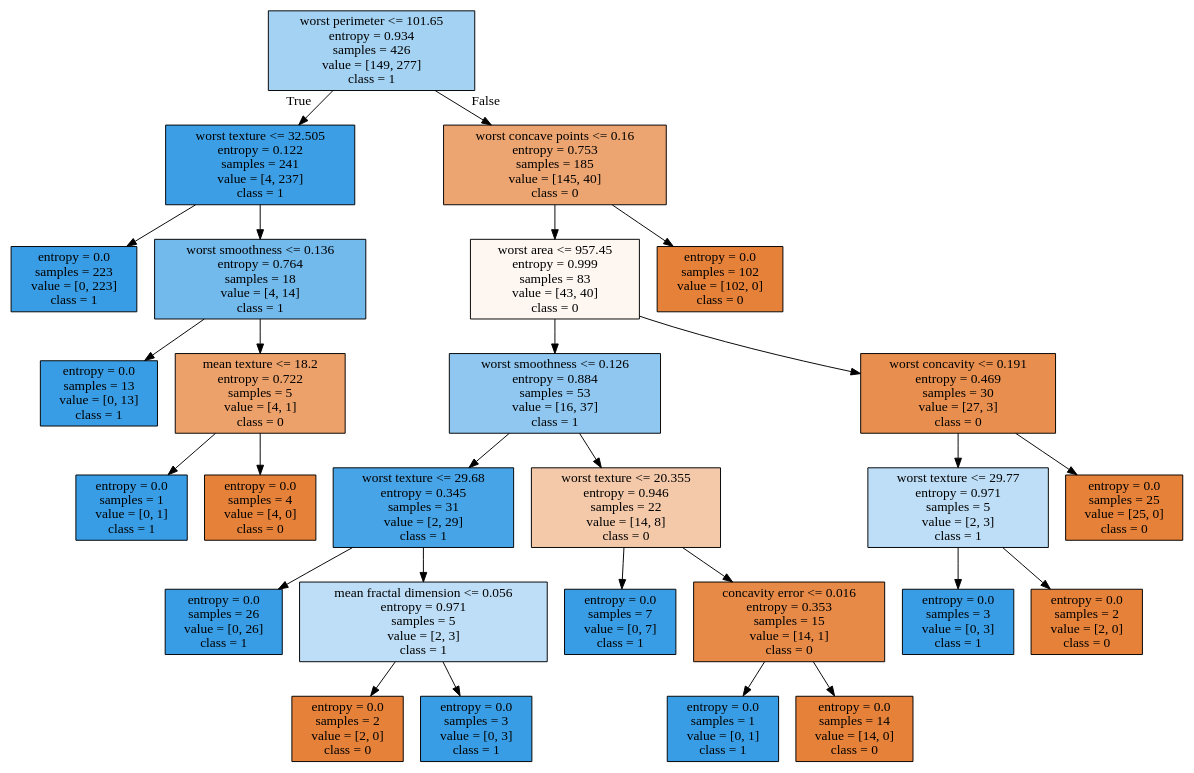
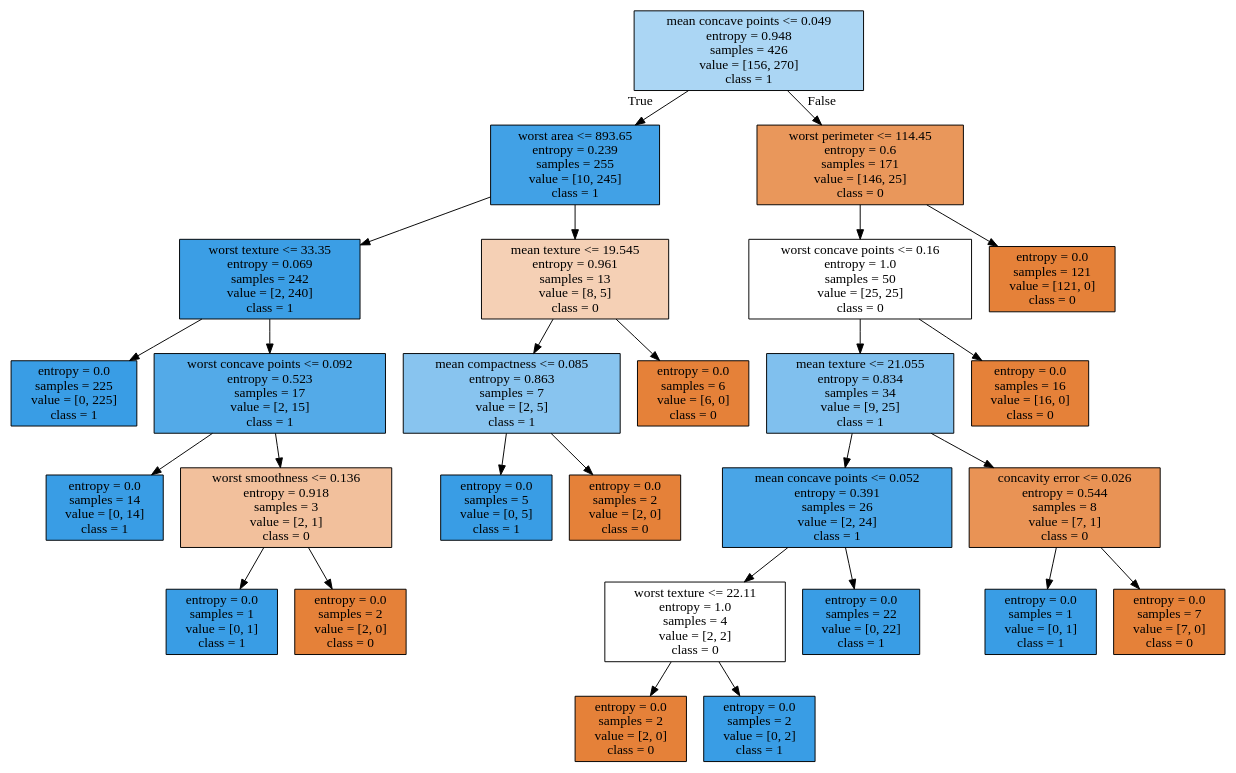
The diagram in tree.dot (allyryry/3950_Workbooks), drawn with Graphviz before and after one commit. The commit also changed 2 other files, not shown here.

```diff
--- a/tree.dot
+++ b/tree.dot
@@ -1,56 +1,56 @@
 digraph Tree {
 node [shape=box, style="filled", color="black"] ;
-0 [label="worst perimeter <= 101.65\nentropy = 0.934\nsamples = 426\nvalue = [149, 277]\nclass = 1", fillcolor="#a4d2f3"] ;
-1 [label="worst texture <= 32.505\nentropy = 0.122\nsamples = 241\nvalue = [4, 237]\nclass = 1", fillcolor="#3c9fe5"] ;
+0 [label="mean concave points <= 0.049\nentropy = 0.948\nsamples = 426\nvalue = [156, 270]\nclass = 1", fillcolor="#abd6f4"] ;
+1 [label="worst area <= 893.65\nentropy = 0.239\nsamples = 255\nvalue = [10, 245]\nclass = 1", fillcolor="#41a1e6"] ;
 0 -> 1 [labeldistance=2.5, labelangle=45, headlabel="True"] ;
-2 [label="entropy = 0.0\nsamples = 223\nvalue = [0, 223]\nclass = 1", fillcolor="#399de5"] ;
+2 [label="worst texture <= 33.35\nentropy = 0.069\nsamples = 242\nvalue = [2, 240]\nclass = 1", fillcolor="#3b9ee5"] ;
 1 -> 2 ;
-3 [label="worst smoothness <= 0.136\nentropy = 0.764\nsamples = 18\nvalue = [4, 14]\nclass = 1", fillcolor="#72b9ec"] ;
-1 -> 3 ;
-4 [label="entropy = 0.0\nsamples = 13\nvalue = [0, 13]\nclass = 1", fillcolor="#399de5"] ;
-3 -> 4 ;
-5 [label="mean texture <= 18.2\nentropy = 0.722\nsamples = 5\nvalue = [4, 1]\nclass = 0", fillcolor="#eca06a"] ;
-3 -> 5 ;
-6 [label="entropy = 0.0\nsamples = 1\nvalue = [0, 1]\nclass = 1", fillcolor="#399de5"] ;
-5 -> 6 ;
-7 [label="entropy = 0.0\nsamples = 4\nvalue = [4, 0]\nclass = 0", fillcolor="#e58139"] ;
-5 -> 7 ;
-8 [label="worst concave points <= 0.16\nentropy = 0.753\nsamples = 185\nvalue = [145, 40]\nclass = 0", fillcolor="#eca470"] ;
-0 -> 8 [labeldistance=2.5, labelangle=-45, headlabel="False"] ;
-9 [label="worst area <= 957.45\nentropy = 0.999\nsamples = 83\nvalue = [43, 40]\nclass = 0", fillcolor="#fdf6f1"] ;
-8 -> 9 ;
-10 [label="worst smoothness <= 0.126\nentropy = 0.884\nsamples = 53\nvalue = [16, 37]\nclass = 1", fillcolor="#8fc7f0"] ;
+3 [label="entropy = 0.0\nsamples = 225\nvalue = [0, 225]\nclass = 1", fillcolor="#399de5"] ;
+2 -> 3 ;
+4 [label="worst concave points <= 0.092\nentropy = 0.523\nsamples = 17\nvalue = [2, 15]\nclass = 1", fillcolor="#53aae8"] ;
+2 -> 4 ;
+5 [label="entropy = 0.0\nsamples = 14\nvalue = [0, 14]\nclass = 1", fillcolor="#399de5"] ;
+4 -> 5 ;
+6 [label="worst smoothness <= 0.136\nentropy = 0.918\nsamples = 3\nvalue = [2, 1]\nclass = 0", fillcolor="#f2c09c"] ;
+4 -> 6 ;
+7 [label="entropy = 0.0\nsamples = 1\nvalue = [0, 1]\nclass = 1", fillcolor="#399de5"] ;
+6 -> 7 ;
+8 [label="entropy = 0.0\nsamples = 2\nvalue = [2, 0]\nclass = 0", fillcolor="#e58139"] ;
+6 -> 8 ;
+9 [label="mean texture <= 19.545\nentropy = 0.961\nsamples = 13\nvalue = [8, 5]\nclass = 0", fillcolor="#f5d0b5"] ;
+1 -> 9 ;
+10 [label="mean compactness <= 0.085\nentropy = 0.863\nsamples = 7\nvalue = [2, 5]\nclass = 1", fillcolor="#88c4ef"] ;
 9 -> 10 ;
-11 [label="worst texture <= 29.68\nentropy = 0.345\nsamples = 31\nvalue = [2, 29]\nclass = 1", fillcolor="#47a4e7"] ;
+11 [label="entropy = 0.0\nsamples = 5\nvalue = [0, 5]\nclass = 1", fillcolor="#399de5"] ;
 10 -> 11 ;
-12 [label="entropy = 0.0\nsamples = 26\nvalue = [0, 26]\nclass = 1", fillcolor="#399de5"] ;
-11 -> 12 ;
-13 [label="mean fractal dimension <= 0.056\nentropy = 0.971\nsamples = 5\nvalue = [2, 3]\nclass = 1", fillcolor="#bddef6"] ;
-11 -> 13 ;
-14 [label="entropy = 0.0\nsamples = 2\nvalue = [2, 0]\nclass = 0", fillcolor="#e58139"] ;
-13 -> 14 ;
-15 [label="entropy = 0.0\nsamples = 3\nvalue = [0, 3]\nclass = 1", fillcolor="#399de5"] ;
-13 -> 15 ;
-16 [label="worst texture <= 20.355\nentropy = 0.946\nsamples = 22\nvalue = [14, 8]\nclass = 0", fillcolor="#f4c9aa"] ;
-10 -> 16 ;
-17 [label="entropy = 0.0\nsamples = 7\nvalue = [0, 7]\nclass = 1", fillcolor="#399de5"] ;
+12 [label="entropy = 0.0\nsamples = 2\nvalue = [2, 0]\nclass = 0", fillcolor="#e58139"] ;
+10 -> 12 ;
+13 [label="entropy = 0.0\nsamples = 6\nvalue = [6, 0]\nclass = 0", fillcolor="#e58139"] ;
+9 -> 13 ;
+14 [label="worst perimeter <= 114.45\nentropy = 0.6\nsamples = 171\nvalue = [146, 25]\nclass = 0", fillcolor="#e9975b"] ;
+0 -> 14 [labeldistance=2.5, labelangle=-45, headlabel="False"] ;
+15 [label="worst concave points <= 0.16\nentropy = 1.0\nsamples = 50\nvalue = [25, 25]\nclass = 0", fillcolor="#ffffff"] ;
+14 -> 15 ;
+16 [label="mean texture <= 21.055\nentropy = 0.834\nsamples = 34\nvalue = [9, 25]\nclass = 1", fillcolor="#80c0ee"] ;
+15 -> 16 ;
+17 [label="mean concave points <= 0.052\nentropy = 0.391\nsamples = 26\nvalue = [2, 24]\nclass = 1", fillcolor="#49a5e7"] ;
 16 -> 17 ;
-18 [label="concavity error <= 0.016\nentropy = 0.353\nsamples = 15\nvalue = [14, 1]\nclass = 0", fillcolor="#e78a47"] ;
-16 -> 18 ;
-19 [label="entropy = 0.0\nsamples = 1\nvalue = [0, 1]\nclass = 1", fillcolor="#399de5"] ;
+18 [label="worst texture <= 22.11\nentropy = 1.0\nsamples = 4\nvalue = [2, 2]\nclass = 0", fillcolor="#ffffff"] ;
+17 -> 18 ;
+19 [label="entropy = 0.0\nsamples = 2\nvalue = [2, 0]\nclass = 0", fillcolor="#e58139"] ;
 18 -> 19 ;
-20 [label="entropy = 0.0\nsamples = 14\nvalue = [14, 0]\nclass = 0", fillcolor="#e58139"] ;
+20 [label="entropy = 0.0\nsamples = 2\nvalue = [0, 2]\nclass = 1", fillcolor="#399de5"] ;
 18 -> 20 ;
-21 [label="worst concavity <= 0.191\nentropy = 0.469\nsamples = 30\nvalue = [27, 3]\nclass = 0", fillcolor="#e88f4f"] ;
-9 -> 21 ;
-22 [label="worst texture <= 29.77\nentropy = 0.971\nsamples = 5\nvalue = [2, 3]\nclass = 1", fillcolor="#bddef6"] ;
-21 -> 22 ;
-23 [label="entropy = 0.0\nsamples = 3\nvalue = [0, 3]\nclass = 1", fillcolor="#399de5"] ;
+21 [label="entropy = 0.0\nsamples = 22\nvalue = [0, 22]\nclass = 1", fillcolor="#399de5"] ;
+17 -> 21 ;
+22 [label="concavity error <= 0.026\nentropy = 0.544\nsamples = 8\nvalue = [7, 1]\nclass = 0", fillcolor="#e99355"] ;
+16 -> 22 ;
+23 [label="entropy = 0.0\nsamples = 1\nvalue = [0, 1]\nclass = 1", fillcolor="#399de5"] ;
 22 -> 23 ;
-24 [label="entropy = 0.0\nsamples = 2\nvalue = [2, 0]\nclass = 0", fillcolor="#e58139"] ;
+24 [label="entropy = 0.0\nsamples = 7\nvalue = [7, 0]\nclass = 0", fillcolor="#e58139"] ;
 22 -> 24 ;
-25 [label="entropy = 0.0\nsamples = 25\nvalue = [25, 0]\nclass = 0", fillcolor="#e58139"] ;
-21 -> 25 ;
-26 [label="entropy = 0.0\nsamples = 102\nvalue = [102, 0]\nclass = 0", fillcolor="#e58139"] ;
-8 -> 26 ;
+25 [label="entropy = 0.0\nsamples = 16\nvalue = [16, 0]\nclass = 0", fillcolor="#e58139"] ;
+15 -> 25 ;
+26 [label="entropy = 0.0\nsamples = 121\nvalue = [121, 0]\nclass = 0", fillcolor="#e58139"] ;
+14 -> 26 ;
 }
```
